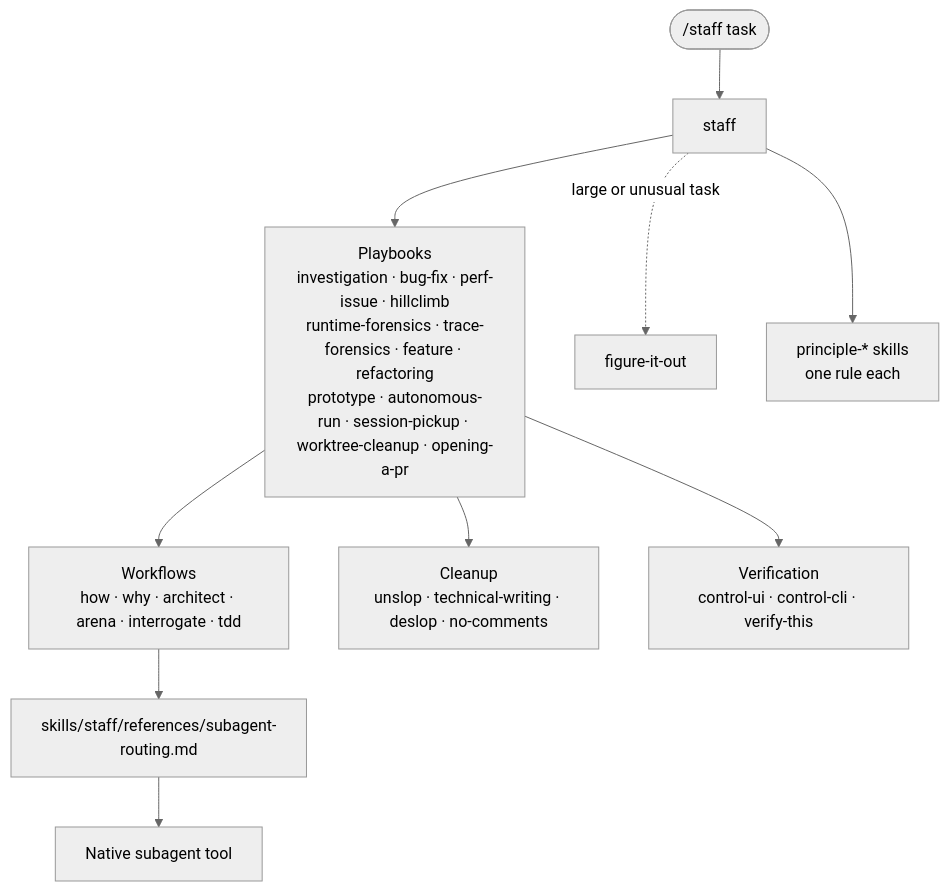
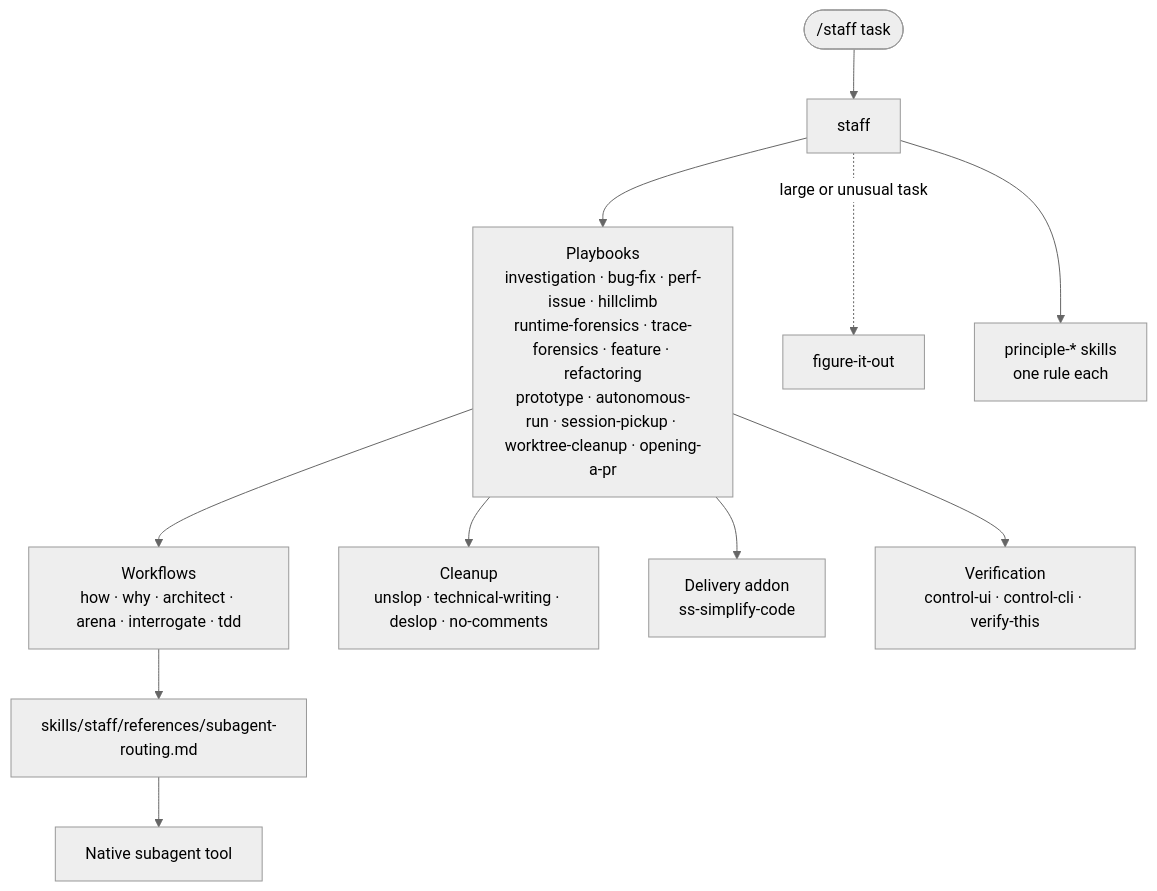
One commit to steven-yu-appier/steven-stack changed the first of 2 diagrams in README.md. Above: the diagram before and after it, drawn with Mermaid (neutral theme). The commit also changed other lines of this file and 44 other files, not shown here.

````diff
--- a/README.md
+++ b/README.md
@@ -70,12 +70,13 @@
 ```mermaid
 flowchart TD
     U(["/staff task"]) --> S[staff]
     S --> P["Playbooks<br/>investigation · bug-fix · perf-issue · hillclimb<br/>runtime-forensics · trace-forensics · feature · refactoring<br/>prototype · autonomous-run · session-pickup · worktree-cleanup · opening-a-pr"]
     S -. large or unusual task .-> F[figure-it-out]
     S --> PR["principle-* skills<br/>one rule each"]
     P --> W["Workflows<br/>how · why · architect · arena · interrogate · tdd"]
     P --> Q["Cleanup<br/>unslop · technical-writing · deslop · no-comments"]
+    P --> A["Delivery addon<br/>ss-simplify-code"]
     P --> V["Verification<br/>control-ui · control-cli · verify-this"]
     W --> R["skills/staff/references/subagent-routing.md"]
     R --> N["Native subagent tool"]
 ```
````
